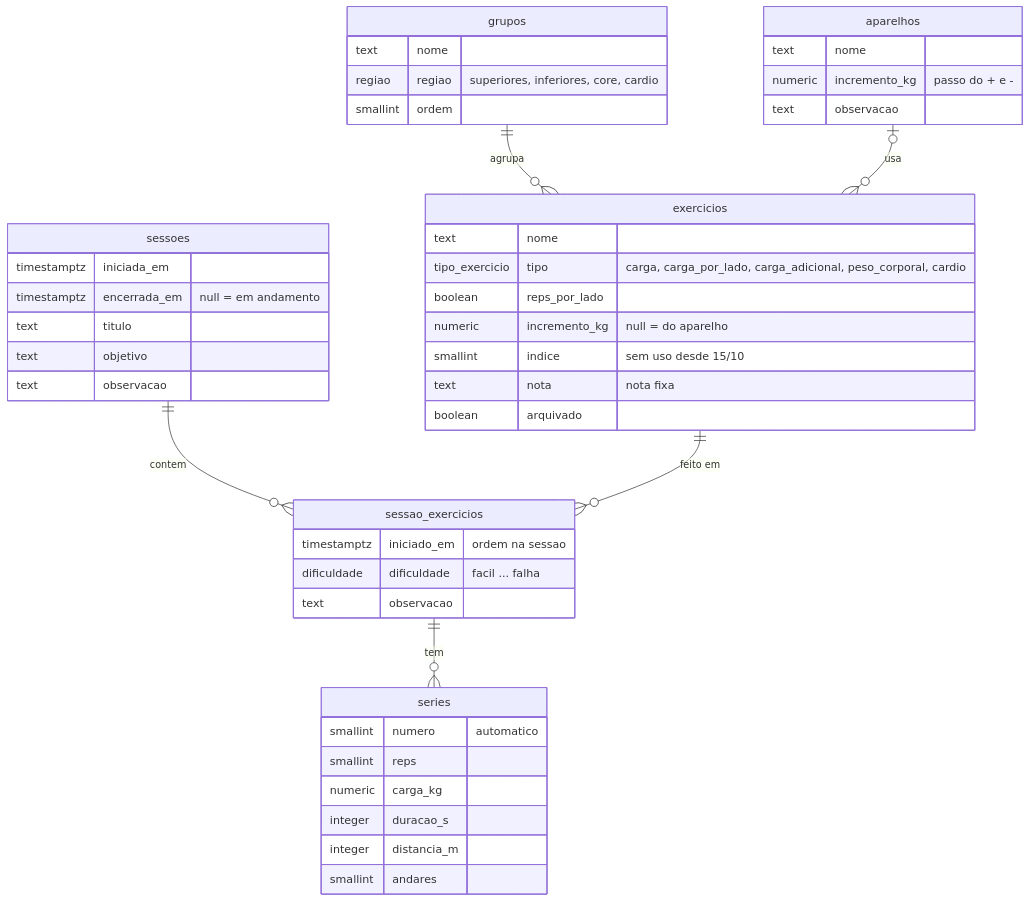
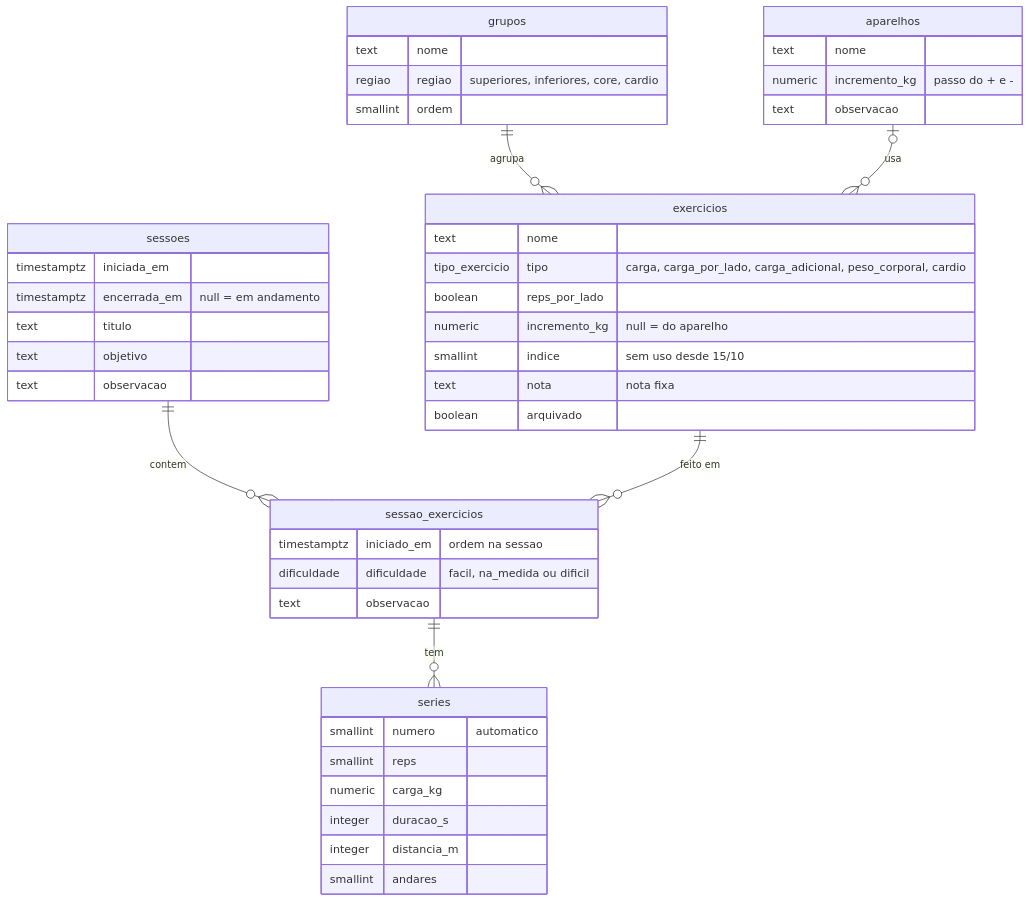
The diagram in docs/PLANO.md (rodrigorgarcia/treino), drawn with Mermaid before and after one commit. The commit also changed other lines of this file and 4 other files, not shown here.

````diff
--- a/docs/PLANO.md
+++ b/docs/PLANO.md
@@ -177,48 +177,48 @@
 ```mermaid
 erDiagram
   grupos ||--o{ exercicios : agrupa
   aparelhos |o--o{ exercicios : usa
   sessoes ||--o{ sessao_exercicios : contem
   exercicios ||--o{ sessao_exercicios : "feito em"
   sessao_exercicios ||--o{ series : tem
 
   grupos {
     text nome
     regiao regiao "superiores, inferiores, core, cardio"
     smallint ordem
   }
   aparelhos {
     text nome
     numeric incremento_kg "passo do + e -"
     text observacao
   }
   exercicios {
     text nome
     tipo_exercicio tipo "carga, carga_por_lado, carga_adicional, peso_corporal, cardio"
     boolean reps_por_lado
     numeric incremento_kg "null = do aparelho"
     smallint indice "sem uso desde 15/10"
     text nota "nota fixa"
     boolean arquivado
   }
   sessoes {
     timestamptz iniciada_em
     timestamptz encerrada_em "null = em andamento"
     text titulo
     text objetivo
     text observacao
   }
   sessao_exercicios {
     timestamptz iniciado_em "ordem na sessao"
-    dificuldade dificuldade "facil ... falha"
+    dificuldade dificuldade "facil, na_medida ou dificil"
     text observacao
   }
   series {
     smallint numero "automatico"
     smallint reps
     numeric carga_kg
     integer duracao_s
     integer distancia_m
     smallint andares
   }
 ```
````
